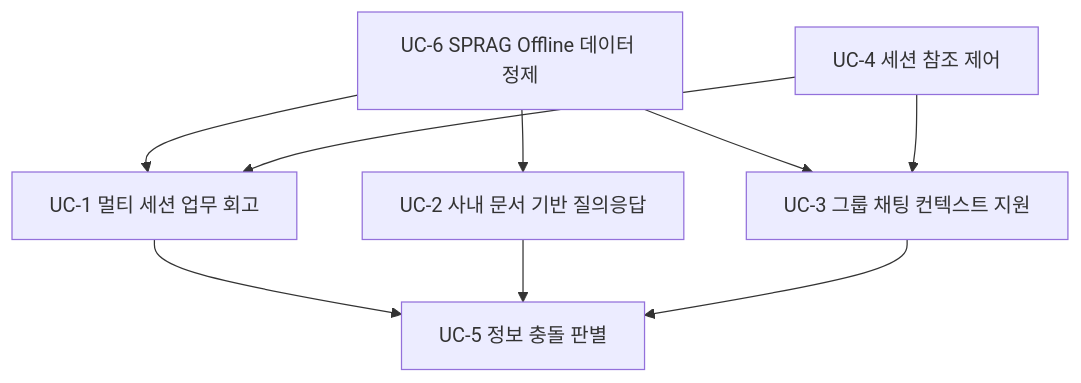
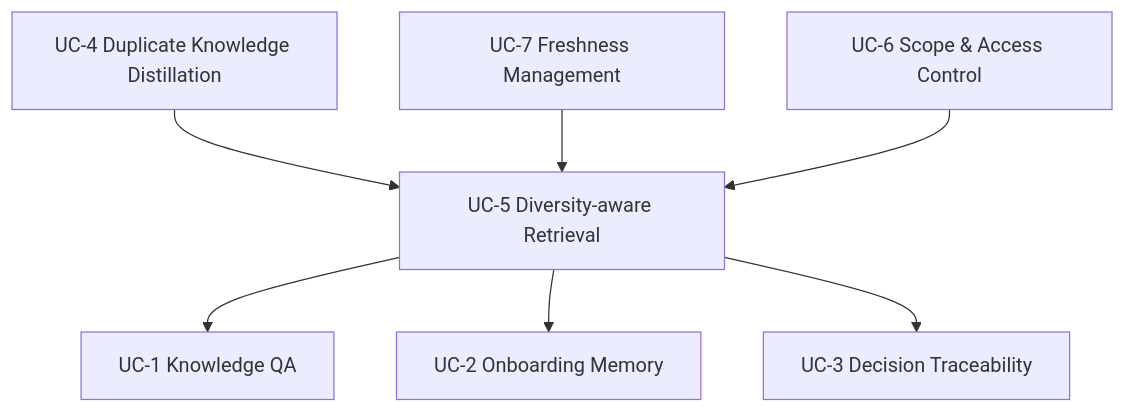
The ninth of 9 diagrams in SPRAG_USE_CASE_DETAILS.md (bshsqa/Archi-Team-ChatAssist), drawn with Mermaid before and after one commit. The commit also changed other lines of this file and 6 other files, not shown here.

````diff
--- a/SPRAG_USE_CASE_DETAILS.md
+++ b/SPRAG_USE_CASE_DETAILS.md
@@ -404,18 +421,17 @@
 ```mermaid
 flowchart TD
-    UC6[UC-6 SPRAG Offline 데이터 정제]
-    UC4[UC-4 세션 참조 제어]
-    UC1[UC-1 멀티 세션 업무 회고]
-    UC2[UC-2 사내 문서 기반 질의응답]
-    UC3[UC-3 그룹 채팅 컨텍스트 지원]
-    UC5[UC-5 정보 충돌 판별]
+    UC4[UC-4 Duplicate Knowledge Distillation]
+    UC7[UC-7 Freshness Management]
+    UC6[UC-6 Scope & Access Control]
+    UC5[UC-5 Diversity-aware Retrieval]
+    UC1[UC-1 Knowledge QA]
+    UC2[UC-2 Onboarding Memory]
+    UC3[UC-3 Decision Traceability]
 
-    UC6 --> UC1
-    UC6 --> UC2
-    UC6 --> UC3
-    UC4 --> UC1
-    UC4 --> UC3
-    UC1 --> UC5
-    UC2 --> UC5
-    UC3 --> UC5
+    UC4 --> UC5
+    UC7 --> UC5
+    UC6 --> UC5
+    UC5 --> UC1
+    UC5 --> UC2
+    UC5 --> UC3
 ```
````
